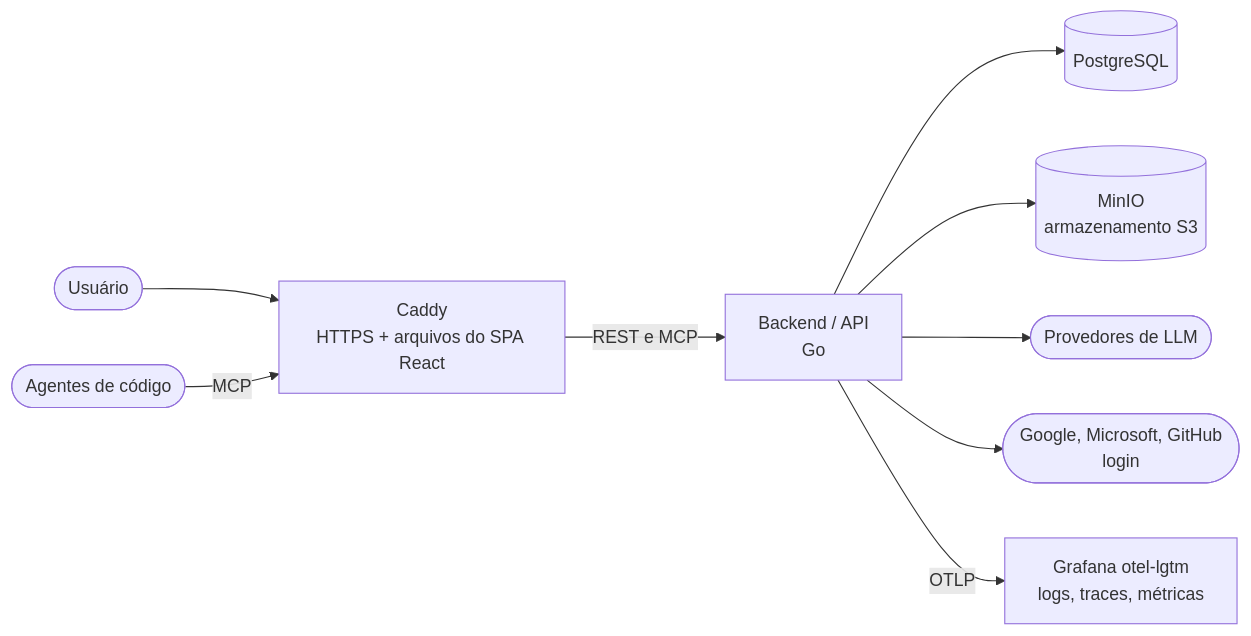
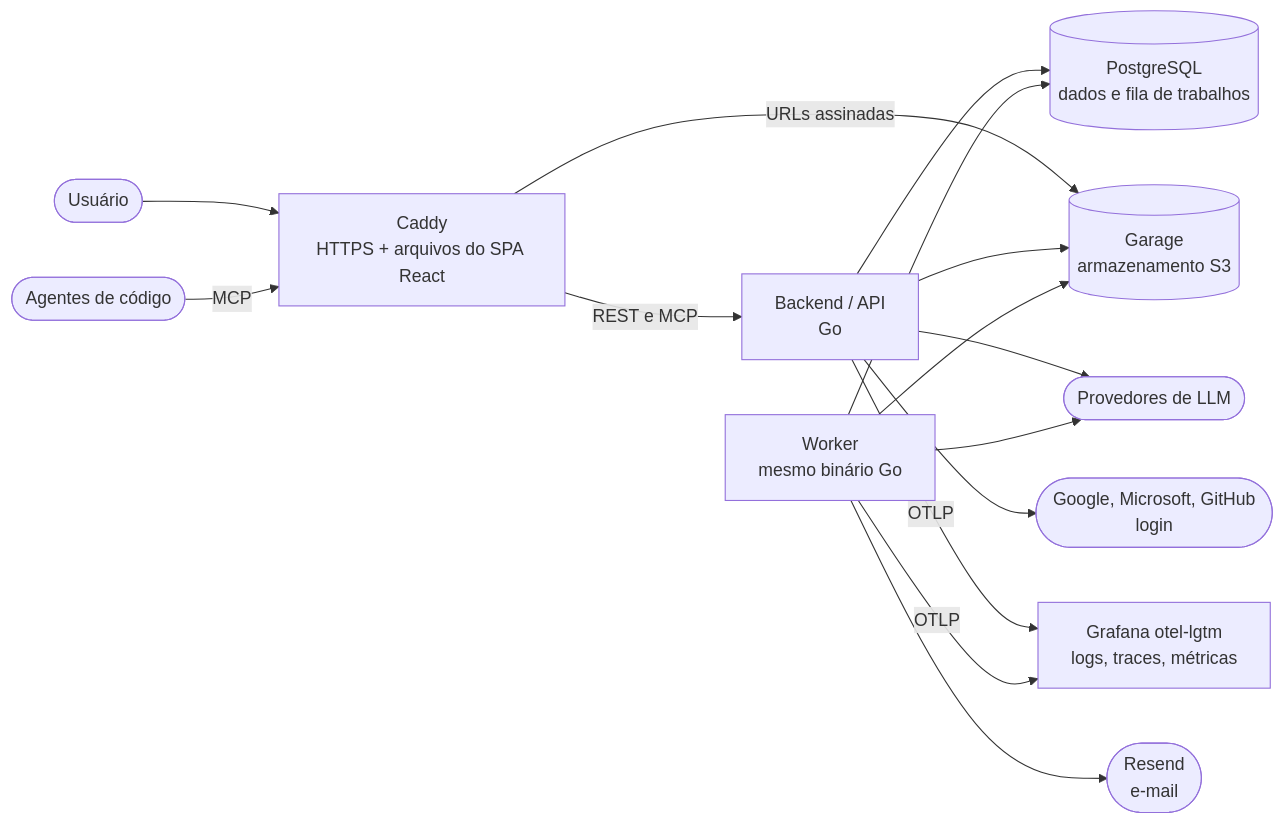
Before and after one commit to dannilodms/forgespark: the diagram in README.pt-BR.md, drawn with Mermaid. The commit also changed other lines of this file and 5 other files, not shown here.

First line of the commit message:
docs: record background jobs, file storage and e-mail

````diff
--- a/README.pt-BR.md
+++ b/README.pt-BR.md
@@ -43,11 +43,17 @@
 ```mermaid
 flowchart LR
     user([Usuário]) --> proxy[Caddy<br/>HTTPS + arquivos do SPA React]
     agents([Agentes de código]) -->|MCP| proxy
     proxy -->|REST e MCP| api[Backend / API<br/>Go]
-    api --> db[(PostgreSQL)]
-    api --> storage[(MinIO<br/>armazenamento S3)]
+    proxy -->|URLs assinadas| storage[(Garage<br/>armazenamento S3)]
+    api --> db[(PostgreSQL<br/>dados e fila de trabalhos)]
+    api --> storage
     api --> llm([Provedores de LLM])
     api --> idp([Google, Microsoft, GitHub<br/>login])
     api -->|OTLP| telemetry[Grafana otel-lgtm<br/>logs, traces, métricas]
+    worker[Worker<br/>mesmo binário Go] --> db
+    worker --> storage
+    worker --> llm
+    worker --> mail([Resend<br/>e-mail])
+    worker -->|OTLP| telemetry
 ```
````
